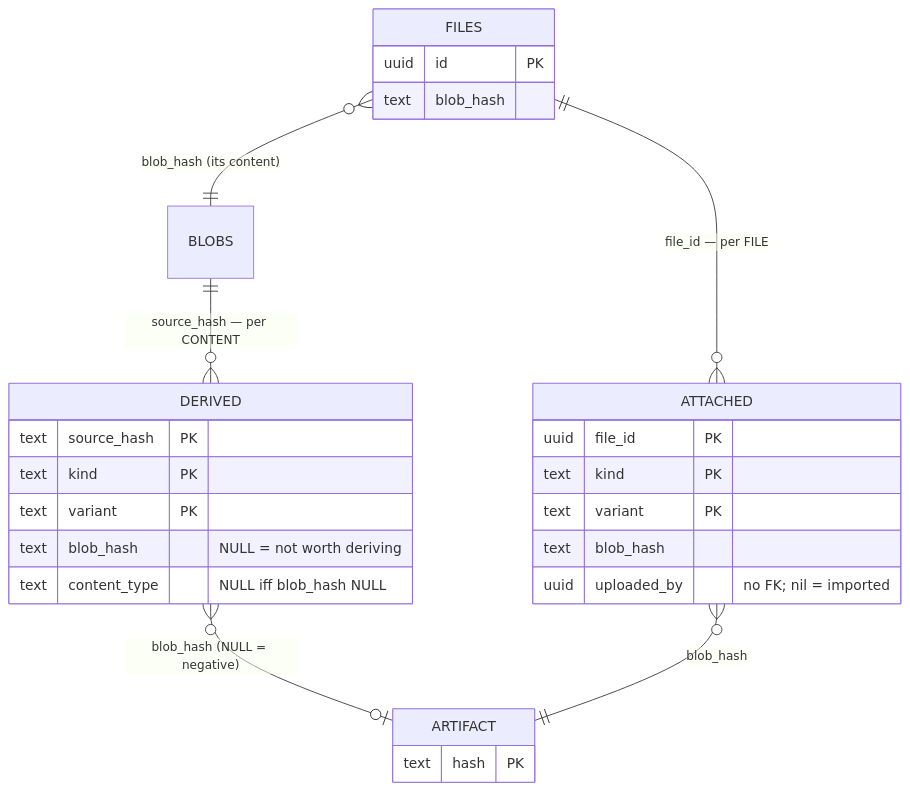
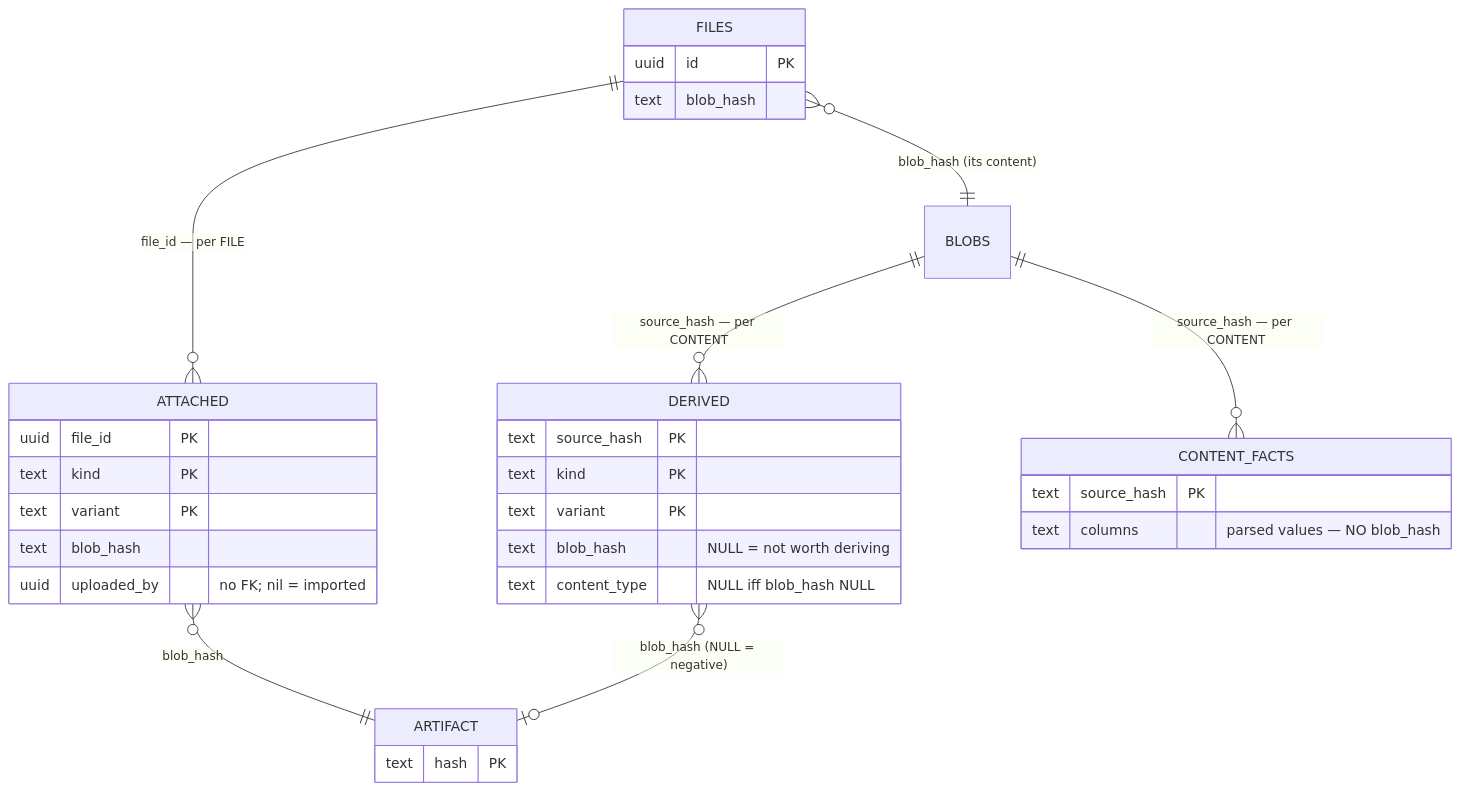
The diagram in docs/architecture/derived-and-attached-blobs.md (AtalayaLabs/OxiCloud), drawn with Mermaid before and after one commit. The commit also changed other lines of this file and 11 other files, not shown here.

````diff
--- a/docs/architecture/derived-and-attached-blobs.md
+++ b/docs/architecture/derived-and-attached-blobs.md
@@ -22,30 +25,35 @@
 ```mermaid
 erDiagram
     FILES  ||--o{ ATTACHED : "file_id — per FILE"
     FILES  }o--|| BLOBS    : "blob_hash (its content)"
     BLOBS  ||--o{ DERIVED  : "source_hash — per CONTENT"
+    BLOBS  ||--o{ CONTENT_FACTS : "source_hash — per CONTENT"
     DERIVED  }o--o| ARTIFACT : "blob_hash (NULL = negative)"
     ATTACHED }o--|| ARTIFACT : "blob_hash"
 
     FILES {
         uuid id PK
         text blob_hash
+    }
+    CONTENT_FACTS {
+        text source_hash PK
+        text columns "parsed values — NO blob_hash"
     }
     DERIVED {
         text source_hash  PK
         text kind         PK
         text variant      PK
         text blob_hash    "NULL = not worth deriving"
         text content_type "NULL iff blob_hash NULL"
     }
     ATTACHED {
         uuid file_id     PK
         text kind        PK
         text variant     PK
         text blob_hash
         uuid uploaded_by "no FK; nil = imported"
     }
     ARTIFACT {
         text hash PK
     }
 ```
````
